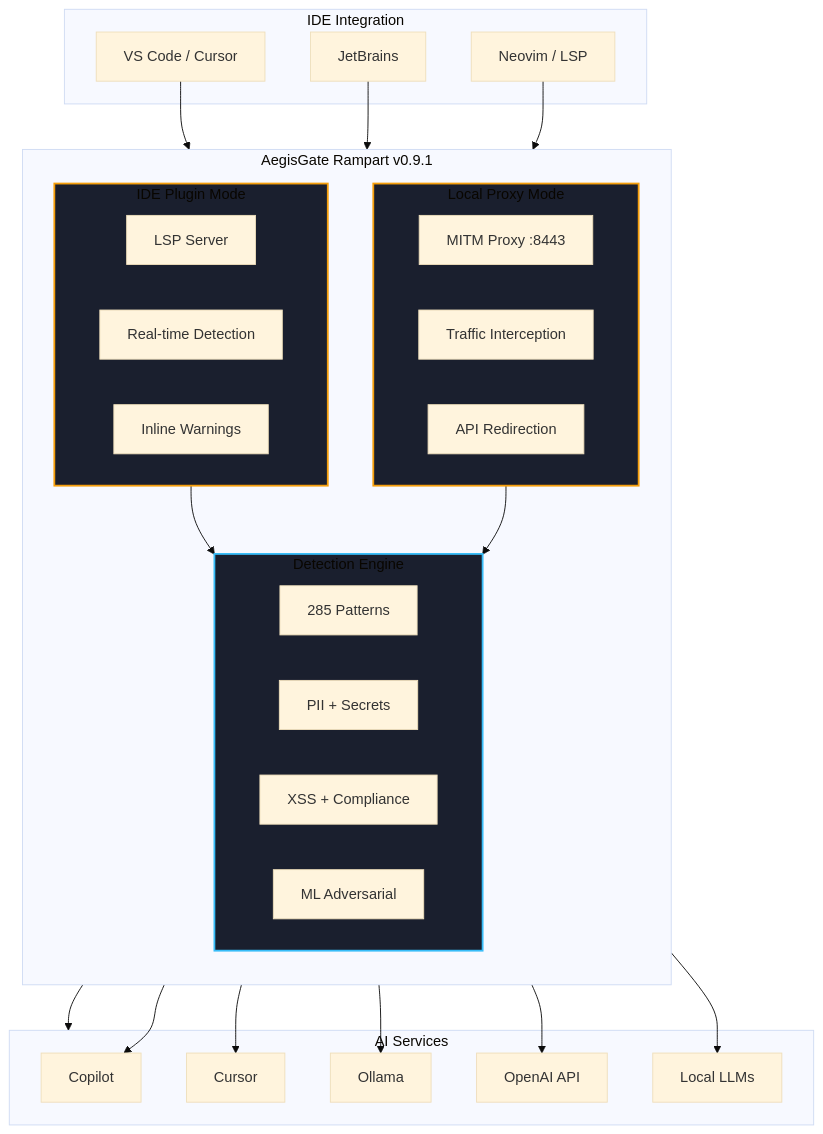
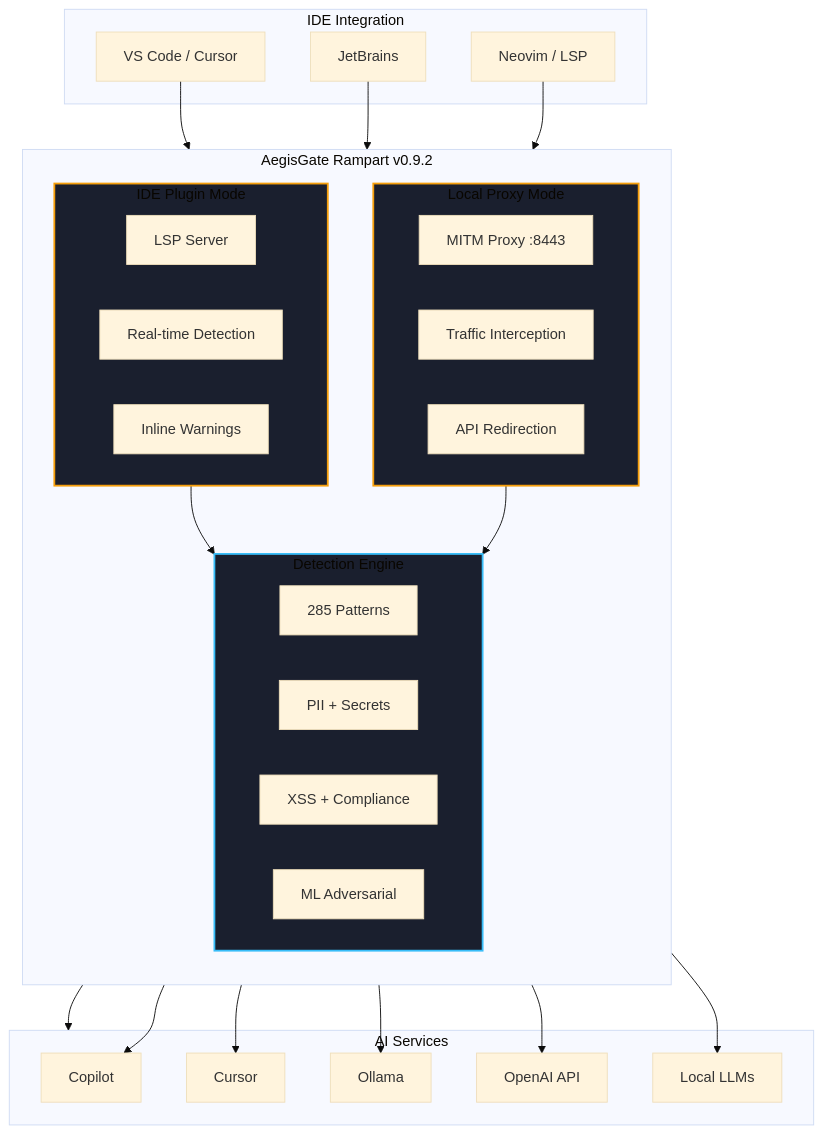
Before and after one commit to aegisgatesecurity/aegisgate-site: the first of 3 diagrams in content/rampart/_index.md, drawn with Mermaid (base theme). The commit also changed other lines of this file and 47 other files, not shown here.

```diff
--- a/content/rampart/_index.md
+++ b/content/rampart/_index.md
@@ -77,57 +77,57 @@
 {{< mermaid >}}
 flowchart TD
     subgraph IDE["IDE Integration"]
         VS[VS Code / Cursor]
         JB[JetBrains]
         NV[Neovim / LSP]
     end
 
-    subgraph Rampart["AegisGate Rampart v0.9.1"]
+    subgraph Rampart["AegisGate Rampart v0.9.2"]
         direction TB
         
         subgraph PluginMode["IDE Plugin Mode"]
             PM1[LSP Server]
             PM2[Real-time Detection]
             PM3[Inline Warnings]
         end
         
         subgraph ProxyMode["Local Proxy Mode"]
             PX1[MITM Proxy :8443]
             PX2[Traffic Interception]
             PX3[API Redirection]
         end
         
         subgraph Engine["Detection Engine"]
             E1[285 Patterns]
             E2[PII + Secrets]
             E3[XSS + Compliance]
             E4[ML Adversarial]
         end
     end
 
     subgraph AI["AI Services"]
         A[Copilot]
         B[Cursor]
         C[Ollama]
         D[OpenAI API]
         E[Local LLMs]
     end
 
     VS --> PluginMode
     JB --> PluginMode
     NV --> PluginMode
     
     PluginMode --> Engine
     ProxyMode --> Engine
     
     PluginMode --> AI
     ProxyMode --> A
     ProxyMode --> B
     ProxyMode --> C
     ProxyMode --> D
     ProxyMode --> E
 
     style PluginMode fill:#1a1f2e,stroke:#f59e0b,stroke-width:2px
     style ProxyMode fill:#1a1f2e,stroke:#f59e0b,stroke-width:2px
     style Engine fill:#1a1f2e,stroke:#38bdf8,stroke-width:2px
 {{< /mermaid >}}
```
